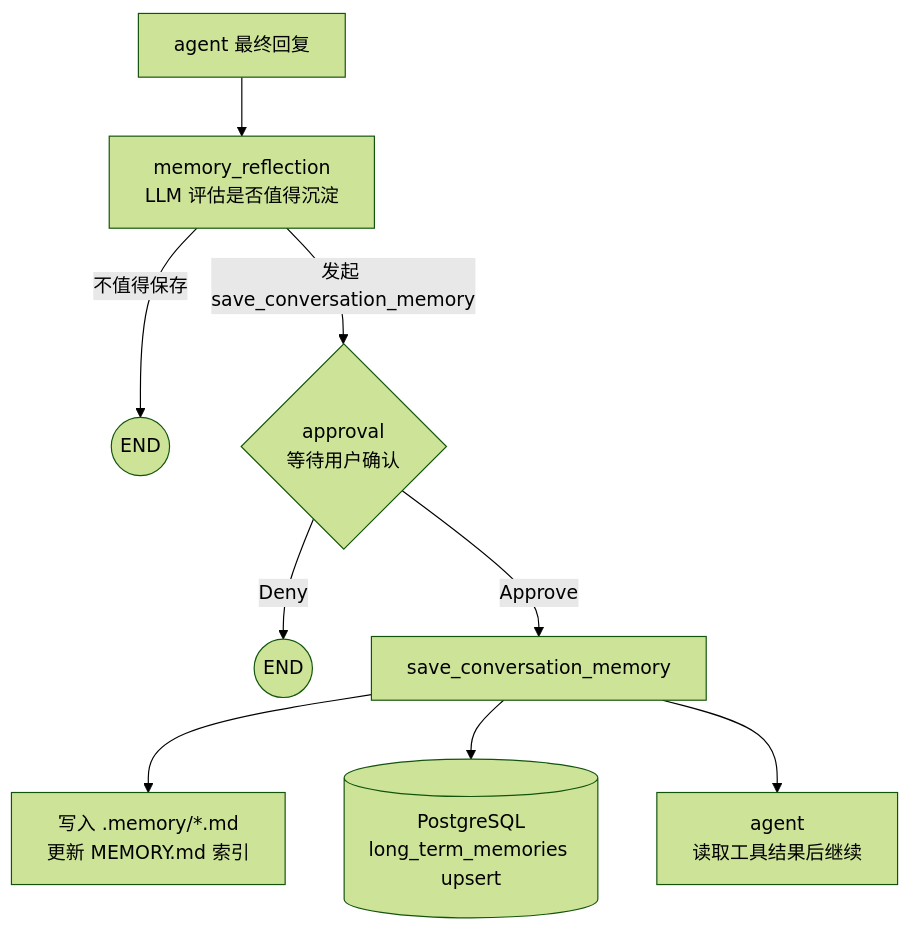
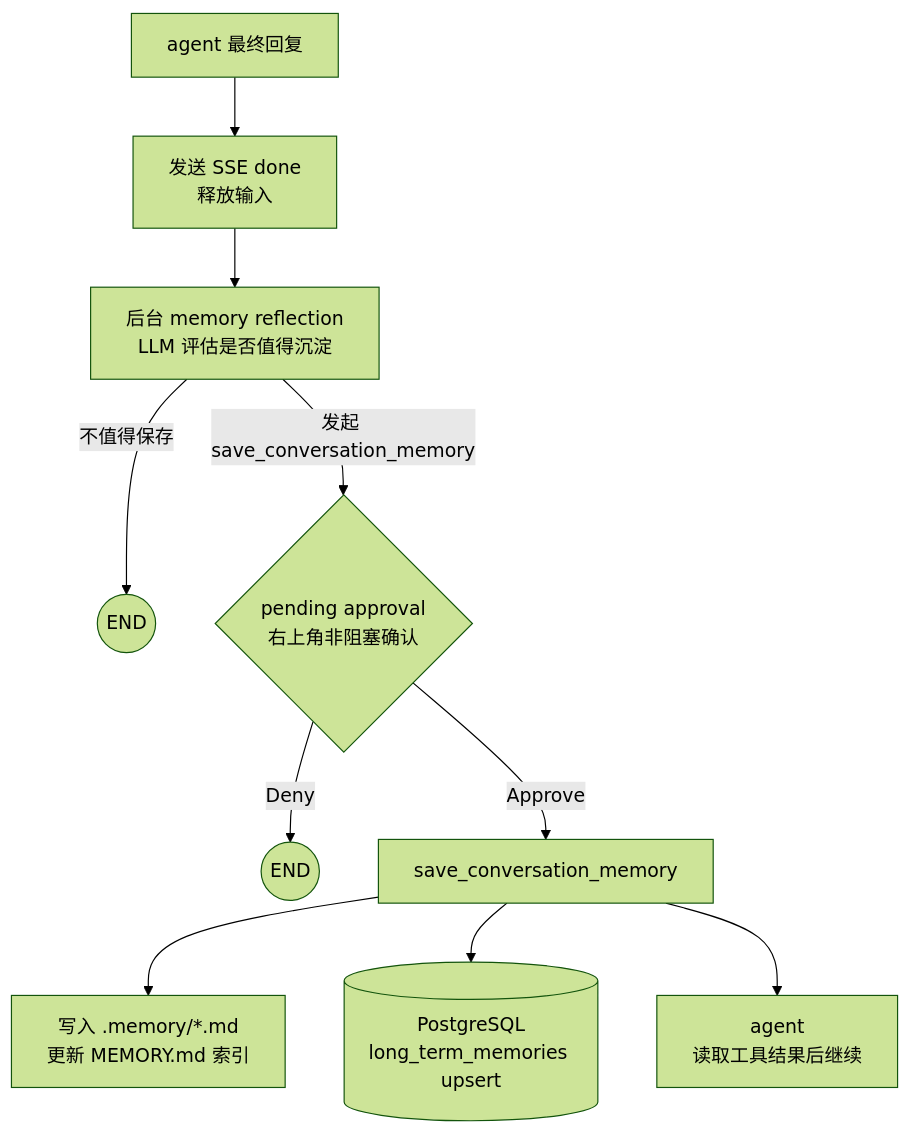
The third of 10 diagrams in 技术方案报告.md (YachuanWzh/huamulan-agent), drawn with Mermaid (forest theme) before and after one commit. The commit also changed other lines of this file and 14 other files, not shown here.

````diff
--- a/技术方案报告.md
+++ b/技术方案报告.md
@@ -292,11 +292,12 @@
 ```mermaid
 flowchart TD
-    AG[agent 最终回复] --> MR[memory_reflection<br/>LLM 评估是否值得沉淀]
+    AG[agent 最终回复] --> DONE[发送 SSE done<br/>释放输入]
+    DONE --> MR[后台 memory reflection<br/>LLM 评估是否值得沉淀]
     MR -->|"不值得保存"| END1((END))
-    MR -->|"发起 save_conversation_memory"| AP{approval<br/>等待用户确认}
+    MR -->|"发起 save_conversation_memory"| AP{pending approval<br/>右上角非阻塞确认}
     AP -->|"Deny"| END2((END))
     AP -->|"Approve"| TOOL[save_conversation_memory]
     TOOL --> MD[写入 .memory/*.md<br/>更新 MEMORY.md 索引]
     TOOL --> PG[(PostgreSQL<br/>long_term_memories upsert)]
     TOOL --> AG2[agent<br/>读取工具结果后继续]
 ```
````
